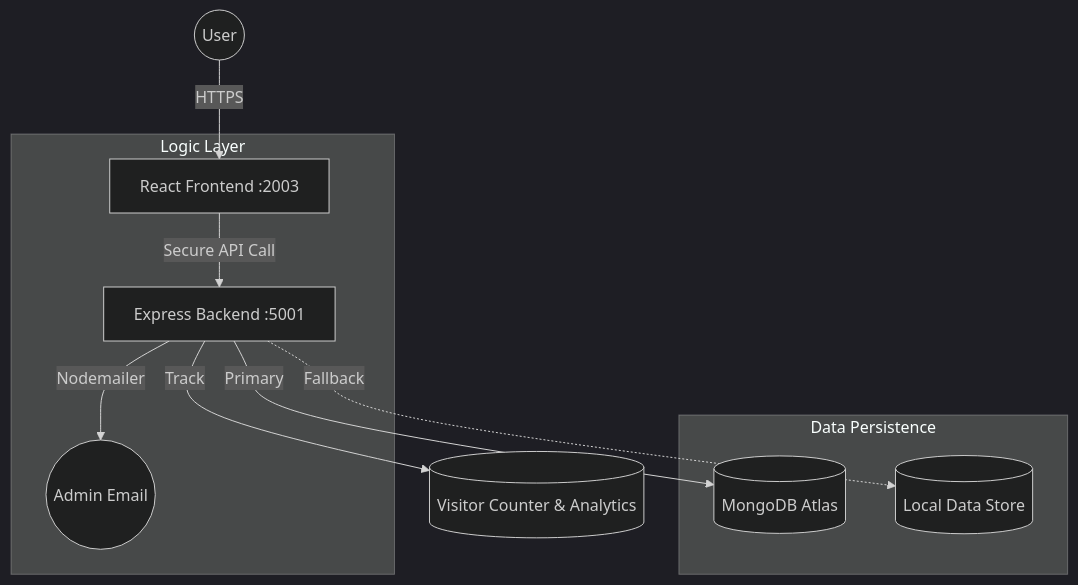
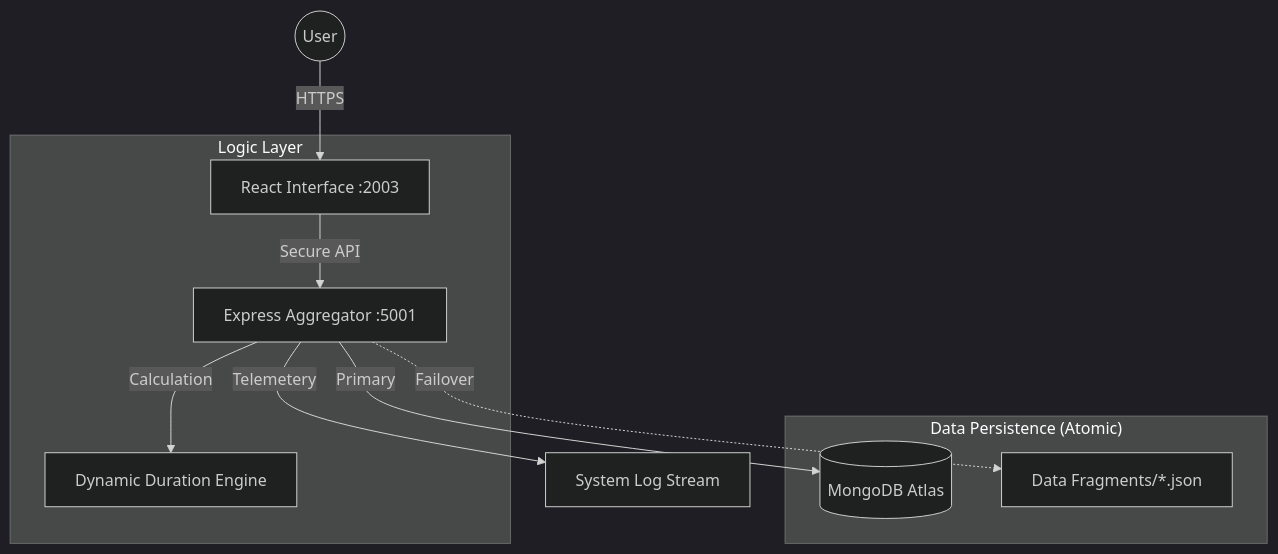
One commit to mdyasar49/portfolio-yasar changed the diagram in README.md. Above: the diagram before and after it, drawn with Mermaid (dark theme). The commit also changed other lines of this file and 36 other files, not shown here.

Commit message:
feat: implement production-grade portfolio architecture with dynamic JSON-driven data modules and custom HUD components

````diff
--- a/README.md
+++ b/README.md
@@ -34,13 +32,13 @@
 ```mermaid
 graph TD
-    User((User)) -->|HTTPS| React[React Frontend :2003]
+    User((User)) -->|HTTPS| React[React Interface :2003]
     subgraph "Logic Layer"
-        React -->|Secure API Call| Express[Express Backend :5001]
-        Express -->|Nodemailer| AdminEmail((Admin Email))
+        React -->|Secure API| Express[Express Aggregator :5001]
+        Express -->|Calculation| Calc[Dynamic Duration Engine]
     end
-    subgraph "Data Persistence"
+    subgraph "Data Persistence (Atomic)"
         Express -->|Primary| Mongo[(MongoDB Atlas)]
-        Express -.->|Fallback| JSON[(Local Data Store)]
+        Express -.->|Failover| JSON[Data Fragments/*.json]
     end
-    Express -->|Track| Stats[(Visitor Counter & Analytics)]
+    Express -->|Telemetery| Logs[System Log Stream]
 ```
````
